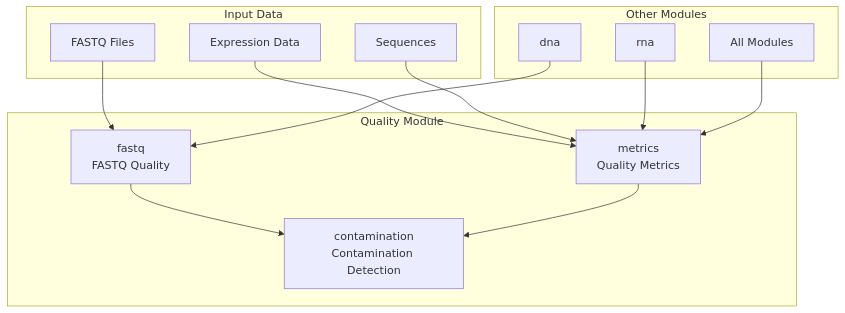
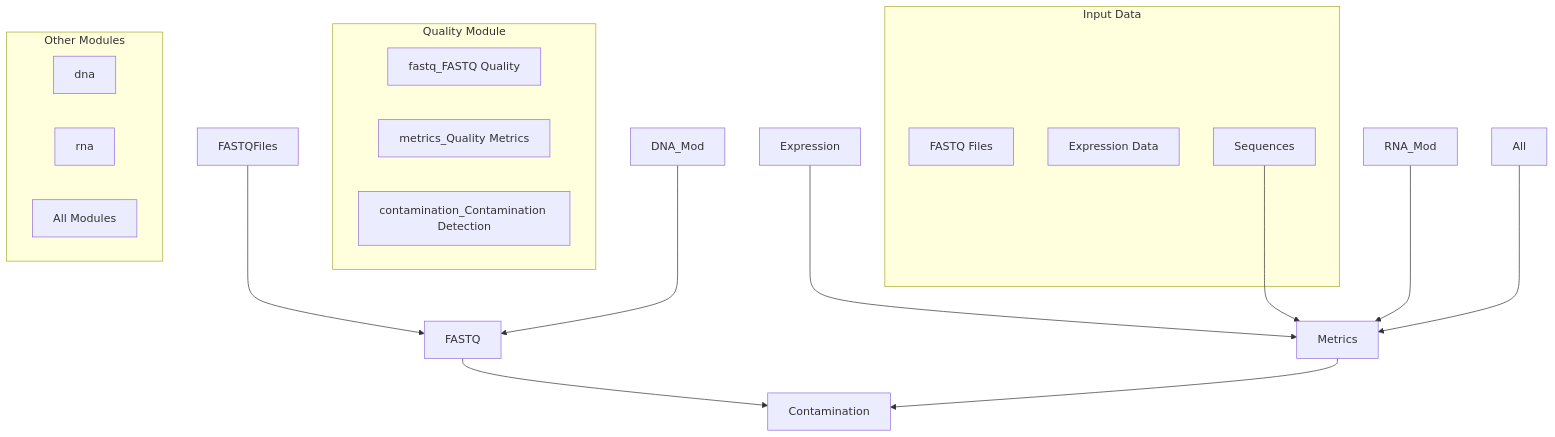
One commit to docxology/MetaInformAnt changed the first of 6 diagrams in src/metainformant/quality/README.md. Above: the diagram before and after it, drawn with Mermaid. The commit also changed other lines of this file and 611 other files, not shown here.

````diff
--- a/src/metainformant/quality/README.md
+++ b/src/metainformant/quality/README.md
@@ -11,29 +11,29 @@
 ```mermaid
 graph TB
     subgraph "Quality Module"
-        FASTQ[fastq<br/>FASTQ Quality]
-        Metrics[metrics<br/>Quality Metrics]
-        Contamination[contamination<br/>Contamination Detection]
+        FASTQfastqFastqQuality[fastq_FASTQ Quality]
+        MetricsmetricsQualityMetrics[metrics_Quality Metrics]
+        ContaminationcontaminationContaminationDetection[contamination_Contamination Detection]
     end
     
     subgraph "Input Data"
-        FASTQFiles[FASTQ Files]
-        Expression[Expression Data]
+        FASTQFilesfastqFiles[FASTQ Files]
+        ExpressionexpressionData[Expression Data]
         Sequences[Sequences]
     end
     
     subgraph "Other Modules"
-        DNA_Mod[dna]
-        RNA_Mod[rna]
-        All[All Modules]
+        dna[dna]
+        rna[rna]
+        AllallModules[All Modules]
     end
     
     FASTQFiles --> FASTQ
     Expression --> Metrics
     Sequences --> Metrics
     FASTQ --> Contamination
     Metrics --> Contamination
     DNA_Mod --> FASTQ
     RNA_Mod --> Metrics
     All --> Metrics
 ```
````
